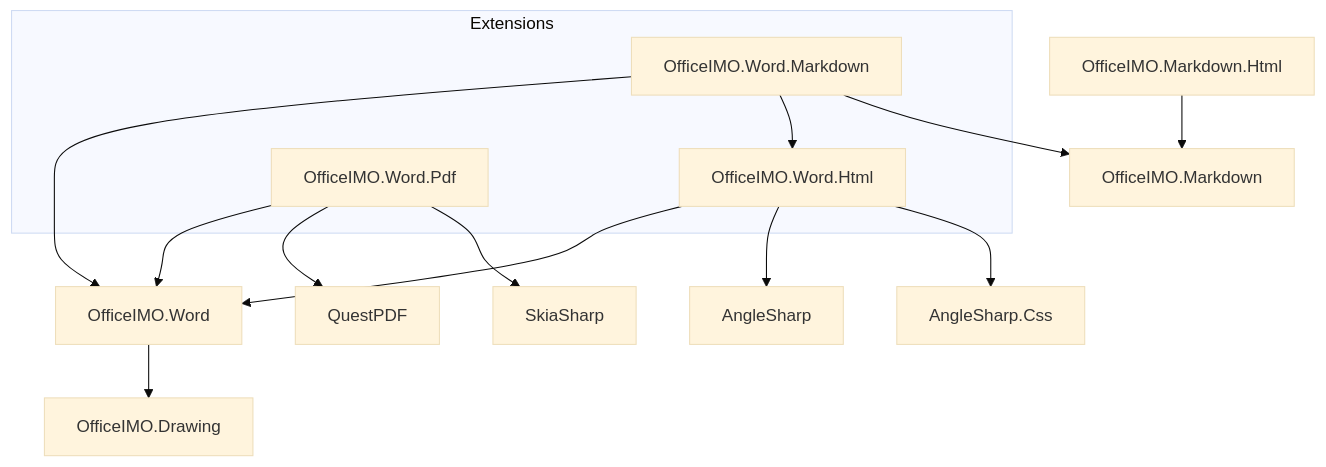
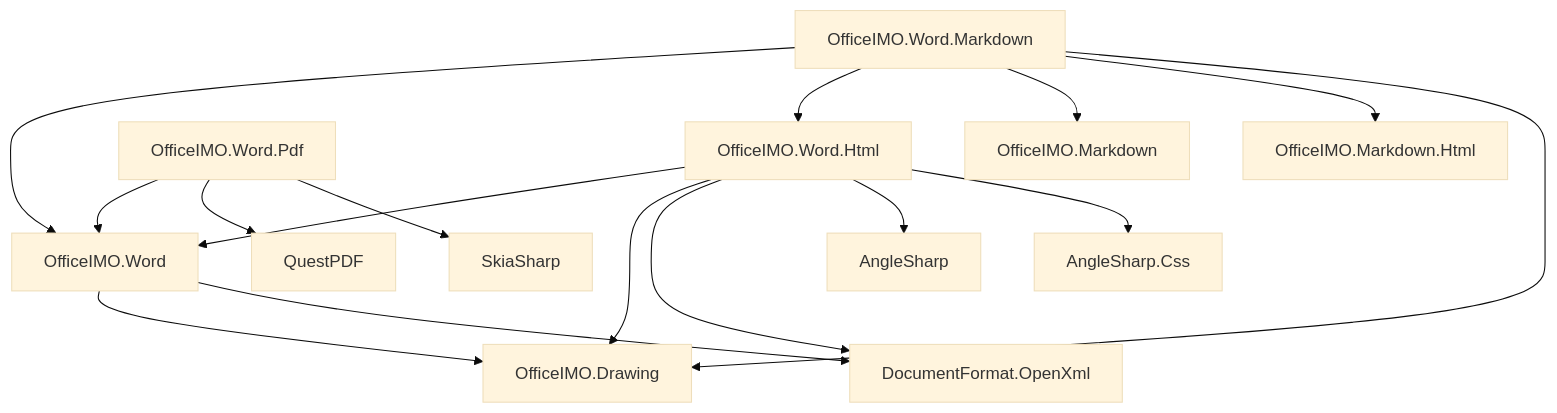
The first of 4 diagrams in README.md (EvotecIT/OfficeIMO), drawn with Mermaid (base theme) before and after one commit. The commit also changed other lines of this file and 72 other files, not shown here.

````diff
--- a/README.md
+++ b/README.md
@@ -115,30 +180,31 @@
 ```mermaid
 flowchart TB
-  WCore["OfficeIMO.Word"]
+  Word["OfficeIMO.Word"]
   Drawing["OfficeIMO.Drawing"]
-  subgraph Extensions
-    WHtml["OfficeIMO.Word.Html"]
-    WMd["OfficeIMO.Word.Markdown"]
-    WPdf["OfficeIMO.Word.Pdf"]
-  end
-
+  WordHtml["OfficeIMO.Word.Html"]
+  WordMarkdown["OfficeIMO.Word.Markdown"]
+  WordPdf["OfficeIMO.Word.Pdf"]
+  Markdown["OfficeIMO.Markdown"]
+  MarkdownHtml["OfficeIMO.Markdown.Html"]
+  OpenXml["DocumentFormat.OpenXml"]
   Angle["AngleSharp"]
   AngleCss["AngleSharp.Css"]
-  Md["OfficeIMO.Markdown"]
-  MdHtml["OfficeIMO.Markdown.Html"]
   Quest["QuestPDF"]
   Skia["SkiaSharp"]
 
-  WCore --> Drawing
-  WHtml --> WCore
-  WMd --> WCore
-  WPdf --> WCore
-
-  WMd --> WHtml
-  WHtml --> Angle
-  WHtml --> AngleCss
-  MdHtml --> Md
-  WMd --> Md
-  WPdf --> Quest
-  WPdf --> Skia
+  Word --> Drawing
+  Word --> OpenXml
+  WordHtml --> Word
+  WordHtml --> Drawing
+  WordHtml --> OpenXml
+  WordHtml --> Angle
+  WordHtml --> AngleCss
+  WordMarkdown --> Word
+  WordMarkdown --> WordHtml
+  WordMarkdown --> Markdown
+  WordMarkdown --> MarkdownHtml
+  WordMarkdown --> Drawing
+  WordPdf --> Word
+  WordPdf --> Quest
+  WordPdf --> Skia
 ```
````
